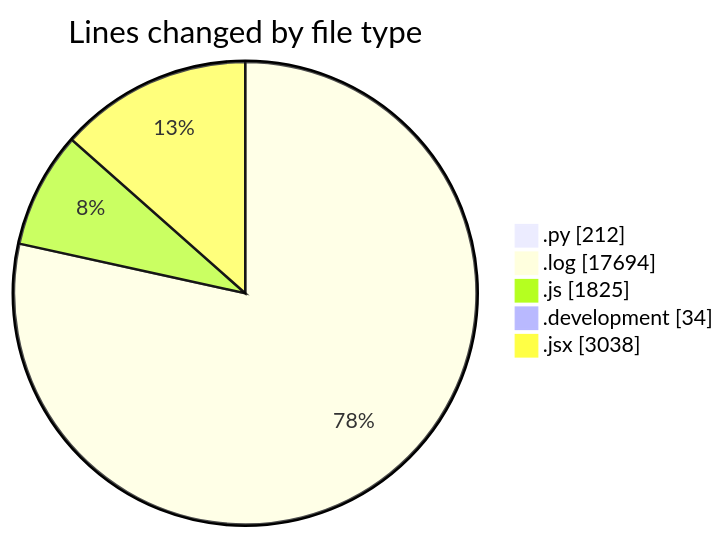
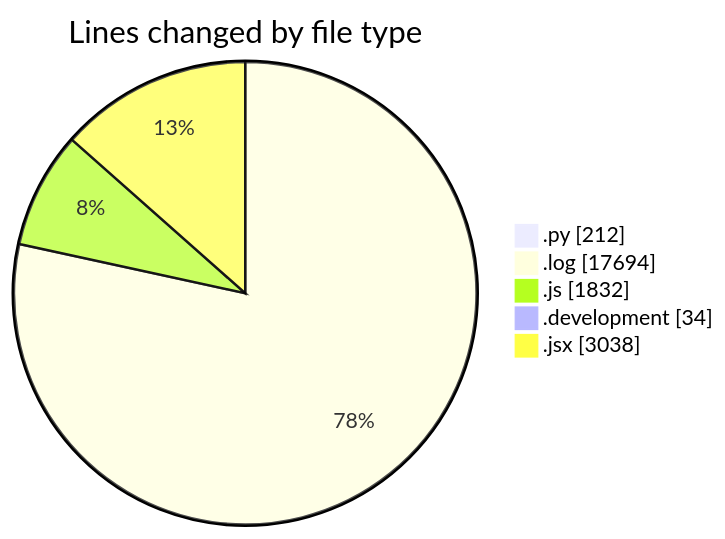
The first of 2 diagrams in 2025-04-19/nxtqube_webapp/README.md (nxtqubesakshisongat/code-tracking), drawn with Mermaid before and after one commit. The commit also changed other lines of this file and 1 other file, not shown here.

````diff
--- a/2025-04-19/nxtqube_webapp/README.md
+++ b/2025-04-19/nxtqube_webapp/README.md
@@ -42,9 +42,9 @@
 ```mermaid
 pie showData
 title Lines changed by file type
 ".py" : 212
 ".log" : 17694
-".js" : 1825
+".js" : 1832
 ".development" : 34
 ".jsx" : 3038
 ```
````
